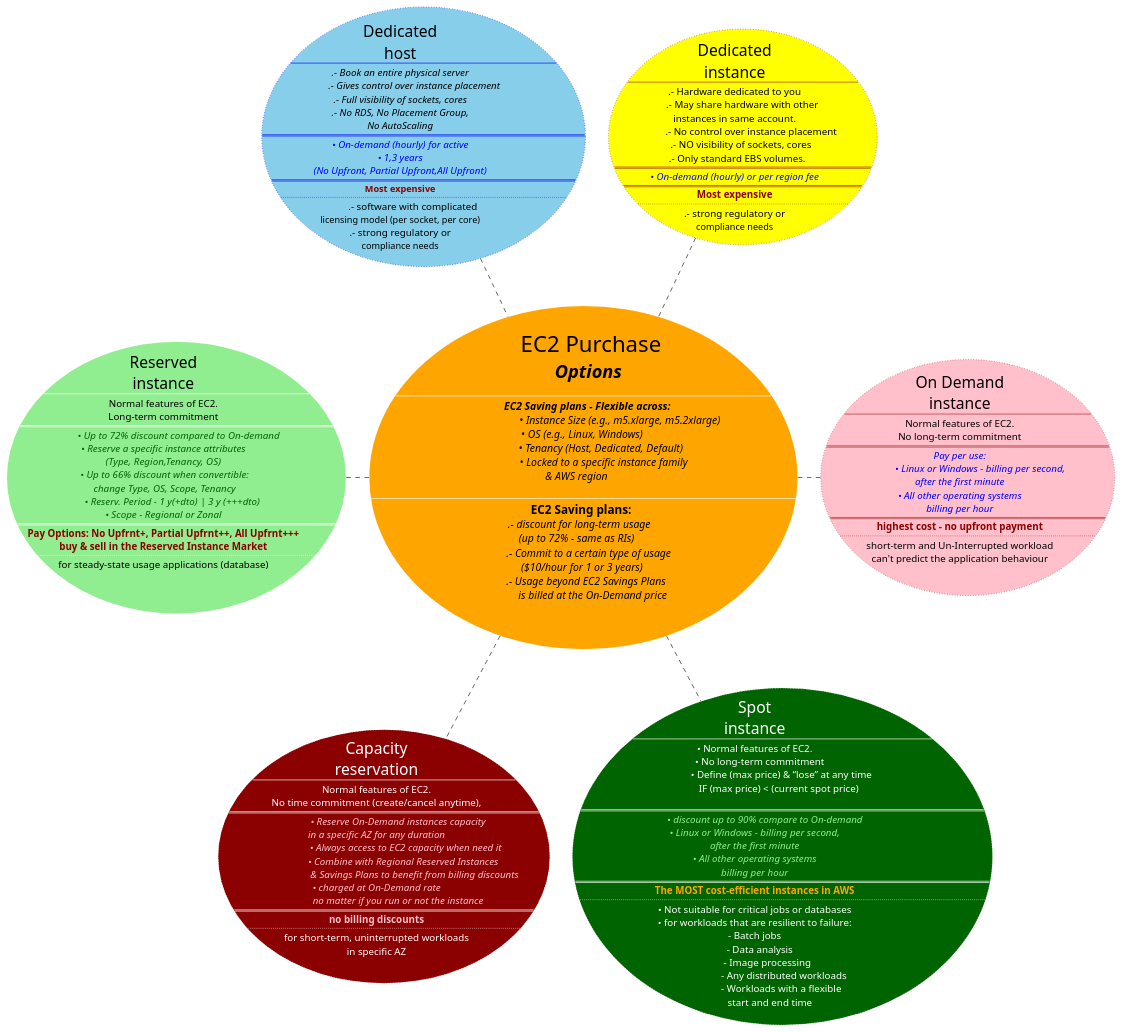
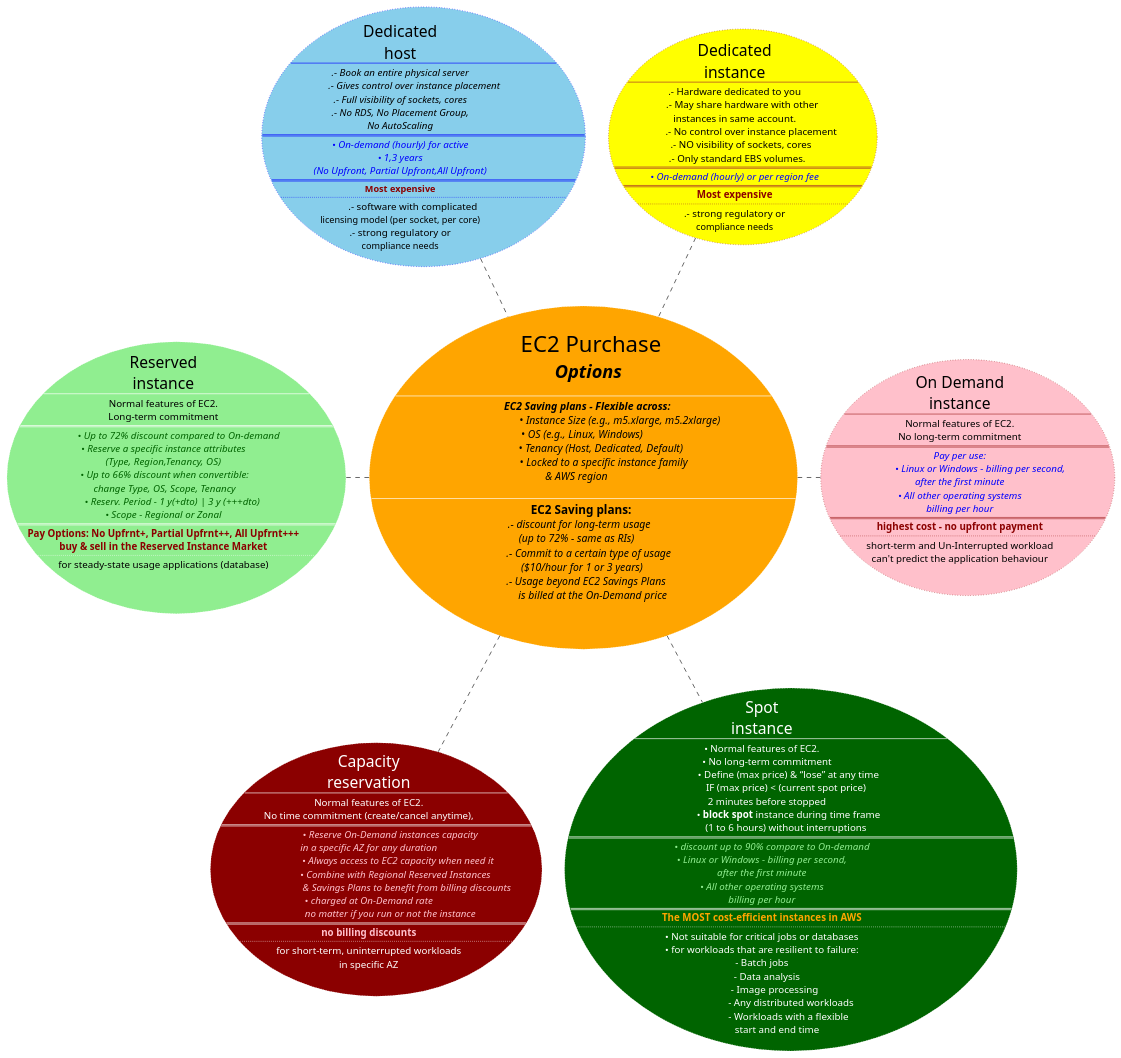
One commit to avall/AWS-SAA-C03 changed the diagram in assets/uml/003-ec2/ec2-purchase-options.puml. Above: the diagram before and after it, drawn with PlantUML. The commit also changed 4 other files, not shown here.

```diff
--- a/assets/uml/003-ec2/ec2-purchase-options.puml
+++ b/assets/uml/003-ec2/ec2-purchase-options.puml
@@ -1,172 +1,174 @@
 @startuml
 
 usecase purchase_options #orange;line:white;line.dotted;text:black [
   <font:impact><size:34>     EC2 Purchase</size></font>
   <i><size:28><b>     Options</b></size></i>
 
   ----
-  <b><i><size:16>        EC2 Saving plans - Flexible across:
+<b><i><size:16>        EC2 Saving plans - Flexible across:
 <i><size:16>                                • Instance Size (e.g., m5.xlarge, m5.2xlarge)
 <i><size:16>    • OS (e.g., Linux, Windows)
 <i><size:16>                  • Tenancy (Host, Dedicated, Default)
 <i><size:16>                    • Locked to a specific instance family
 <i><size:16>& AWS region
 
   ----
 <b><size:18>   EC2 Saving plans:
 <i><size:16>  .- discount for long-term usage
 <i><size:16>(up to 72% - same as RIs)
 <i><size:16>         .- Commit to a certain type of usage
 <i><size:16>    ($10/hour for 1 or 3 years)
 <i><size:16>       .- Usage beyond EC2 Savings Plans
 <i><size:16>            is billed at the On-Demand price
 \n
 ]
 
 usecase dedicated_host #skyblue;line:blue;line.dotted;text:black [
  <font:impact><size:24>Dedicated</size></font>
  <font:impact><size:24>host</size></font>
 ----
 <i><size:15>.- Book an entire physical server
 <i><size:15>           .- Gives control over instance placement
 <i><size:15>.- Full visibility of sockets, cores
 <i><size:15>.- No RDS, No Placement Group,
 <i><size:15>No AutoScaling
 ====
 <i><size:15><color:blue>• On-demand (hourly) for active</color></i>
 <i><size:15><color:blue>• 1,3 years</color></i>
 <i><size:15><color:blue>(No Upfront, Partial Upfront,All Upfront)</color></i>
 ====
 <b><color:darkred>Most expensive</color></b>
 ....
 <size:15>          .- software with complicated
 licensing model (per socket, per core)
 <size:15>.- strong regulatory or
 compliance needs
 ]
 
 usecase dedicated_instance #yellow;line:brown;line.dotted;text:black [
  <font:impact><size:24>Dedicated</size></font>
  <font:impact><size:24>instance</size></font>
 ----
 <size:15>.- Hardware dedicated to you
 <size:15>      .- May share hardware with other
 <size:15>instances in same account.
 <size:15>             .- No control over instance placement
 <size:15>     .- NO visibility of sockets, cores
 <size:15>  .- Only standard EBS volumes.
 ====
 <i><size:15><color:blue>• On-demand (hourly) or per region fee</color></i>
 ====
 <b><size:15><color:darkred>Most expensive</color></b>
 ....
 <size:15>.- strong regulatory or
 compliance needs
 ]
 
 usecase ec2_ondemand #pink;line:brown;line.dotted;text:black [
  <font:impact><size:24>On Demand</size></font>
  <font:impact><size:24>instance</size></font>
 ----
 <size:15>Normal features of EC2.
 <size:15>No long-term commitment
 ====
 <i><size:15><color:blue>Pay per use:
 <i><size:15><color:blue>                • Linux or Windows - billing per second,
 <i><size:15><color:blue>after the first minute
 <i><size:15><color:blue>• All other operating systems
 <i><size:15><color:blue>billing per hour
 ====
 <b><size:15><color:darkred>highest cost - no upfront payment
 ....
 <size:15>short-term and Un-Interrupted workload
 <size:15>can't predict the application behaviour
 ]
 
 
 usecase ec2_capacity_reservation #darkred;line:white;line.dotted;text:white [
  <font:impact><size:24>Capacity</size></font>
  <font:impact><size:24>reservation</size></font>
 ----
 <size:15>Normal features of EC2.
 <size:15>No time commitment (create/cancel anytime),
 ====
 <i><size:15><color:pink>                 • Reserve On-Demand instances capacity
 <i><size:15><color:pink>in a specific AZ for any duration
 <i><size:15><color:pink>                       • Always access to EC2 capacity when need it
 <i><size:15><color:pink>                     • Combine with Regional Reserved Instances
 <i><size:15><color:pink>                              & Savings Plans to benefit from billing discounts
 <i><size:15><color:pink>• charged at On-Demand rate
 <i><size:15><color:pink>                 no matter if you run or not the instance
 ====
 <b><size:15><color:pink>no billing discounts
 ....
 <size:15>for short-term, uninterrupted workloads
 <size:15>in specific AZ
 ]
 
 
 
 usecase ec2_spot_instance #darkgreen;line:white;line.dotted;text:white [
  <font:impact><size:24>Spot</size></font>
  <font:impact><size:24>instance</size></font>
 ----
 <size:15>• Normal features of EC2.
 <size:15>    • No long-term commitment
 <size:15>                     • Define (max price) & “lose” at any time
 <size:15>                   IF (max price) < (current spot price)
-
+<size:15>    2 minutes before stopped
+<size:15>                     • <b>block spot</b> instance during time frame
+<size:15>                   (1 to 6 hours) without interruptions
 ====
 <i><size:15><color:lightgreen>        • discount up to 90% compare to On-demand
 <i><size:15><color:lightgreen>• Linux or Windows - billing per second,
 <i><size:15><color:lightgreen>after the first minute
 <i><size:15><color:lightgreen>• All other operating systems
 <i><size:15><color:lightgreen>billing per hour
 ====
 <b><size:15><color:orange>The MOST cost-efficient instances in AWS
 ....
 <size:15>• Not suitable for critical jobs or databases
 <size:15>• for workloads that are resilient to failure:
 <size:15>- Batch jobs
 <size:15>    - Data analysis
 <size:15>          - Image processing
 <size:15>                       - Any distributed workloads
 <size:15>                     - Workloads with a flexible
 <size:15>            start and end time
 ]
 
 
 
 
 usecase ec2_reserved_instance #lightgreen;line:white;line.dotted;text:black [
  <font:impact><size:24>Reserved</size></font>
  <font:impact><size:24>instance</size></font>
 ----
 <size:15>Normal features of EC2.
 <size:15>Long-term commitment
 ====
 <i><size:15><color:darkgreen>            • Up to 72% discount compared to On-demand
 <i><size:15><color:darkgreen>• Reserve a specific instance attributes
 <i><size:15><color:darkgreen>(Type, Region,Tenancy, OS)
 <i><size:15><color:darkgreen> • Up to 66% discount when convertible:
 <i><size:15><color:darkgreen> change Type, OS, Scope, Tenancy
 <i><size:15><color:darkgreen>       • Reserv. Period – 1 y(+dto) | 3 y (+++dto)
 <i><size:15><color:darkgreen>• Scope – Regional or Zonal
 ====
 <b><size:15><color:darkred>Pay Options: No Upfrnt+, Partial Upfrnt++, All Upfrnt+++
 <b><size:15><color:darkred>buy & sell in the Reserved Instance Market
 ....
 <size:15>for steady-state usage applications (database)
 
 ]
 
 
 
 
 purchase_options ..r.. ec2_ondemand
 purchase_options .u. dedicated_instance
 purchase_options .u. dedicated_host
 purchase_options .d. ec2_capacity_reservation
 purchase_options .d. ec2_spot_instance
 purchase_options .l. ec2_reserved_instance
 @enduml
```
